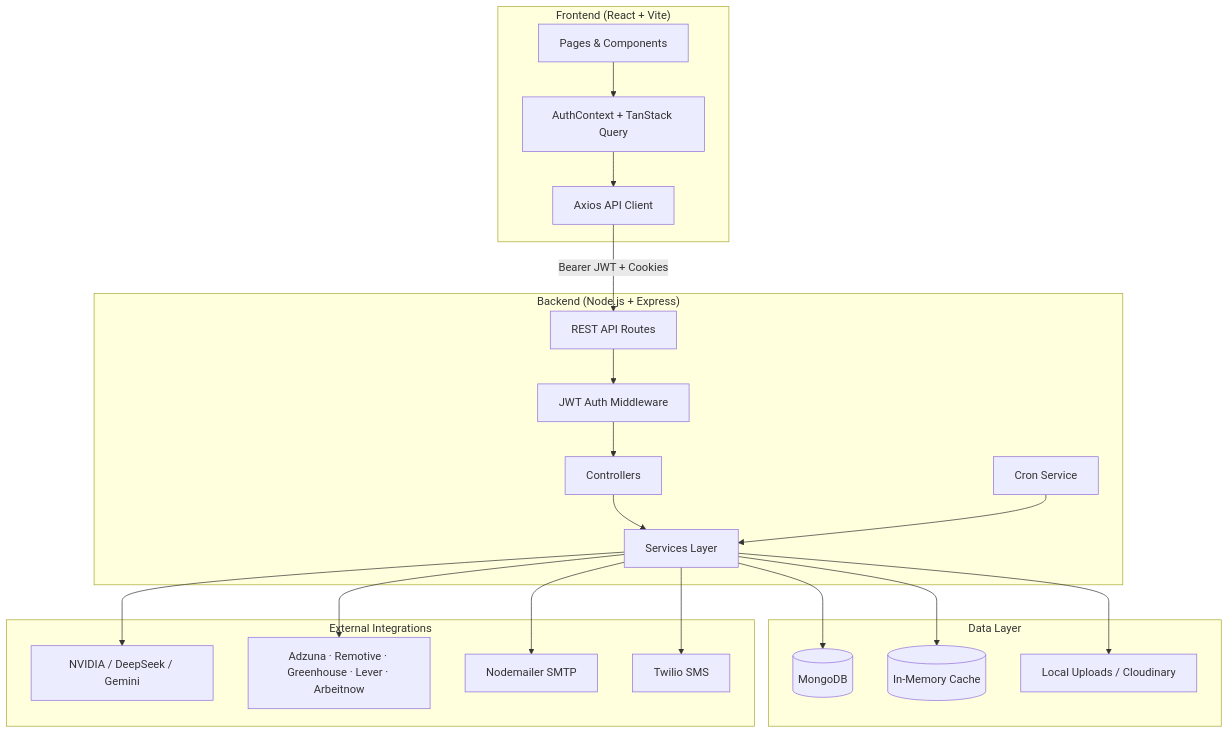
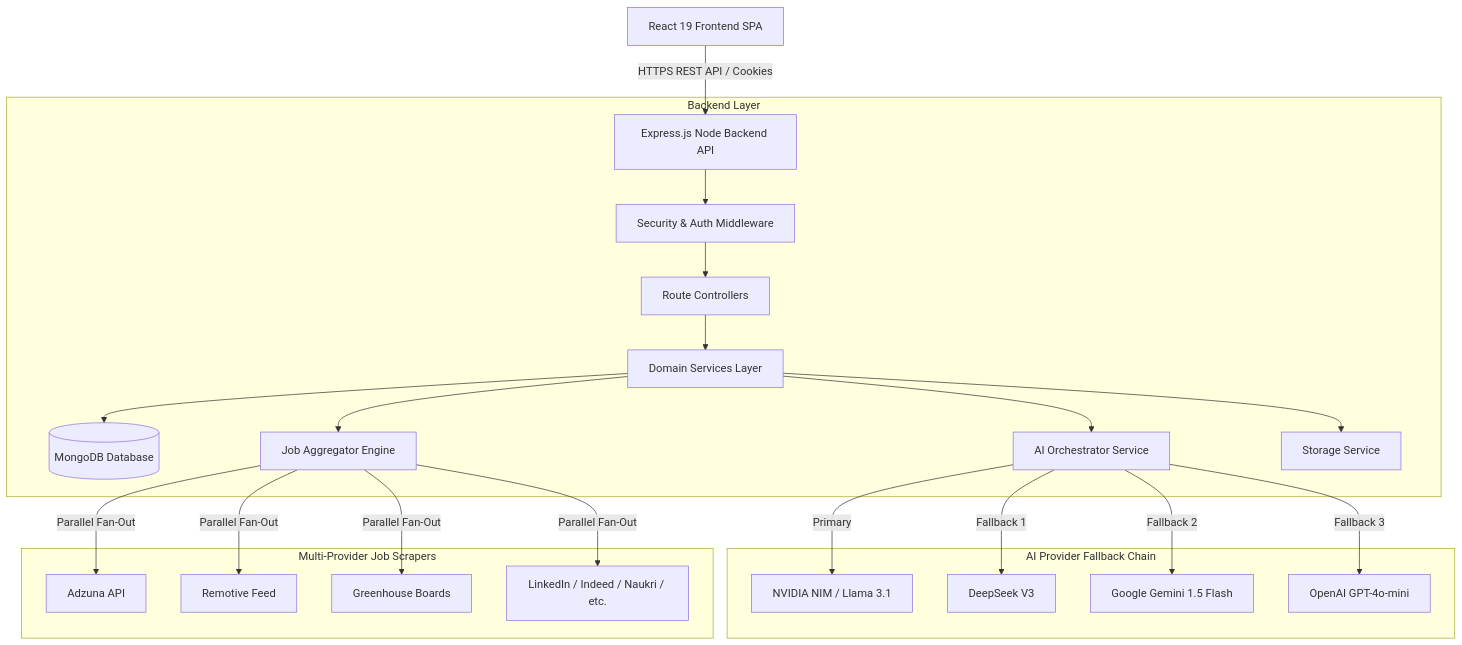
One commit to Sanesh764/APPLYHUB changed the diagram in README.md. Above: the diagram before and after it, drawn with Mermaid. The commit also changed other lines of this file and 23 other files, not shown here.

````diff
--- a/README.md
+++ b/README.md
@@ -319,41 +67,29 @@
 ```mermaid
-flowchart TB
-    subgraph Client["Frontend (React + Vite)"]
-        UI[Pages & Components]
-        CTX[AuthContext + TanStack Query]
-        API_CLIENT[Axios API Client]
+graph TD
+    Client[React 19 Frontend SPA] -->|HTTPS REST API / Cookies| Server[Express.js Node Backend API]
+    
+    subgraph Backend Layer
+        Server --> Middleware[Security & Auth Middleware]
+        Middleware --> Controllers[Route Controllers]
+        Controllers --> Services[Domain Services Layer]
+        
+        Services --> DB[(MongoDB Database)]
+        Services --> MultiAI[AI Orchestrator Service]
+        Services --> JobAgg[Job Aggregator Engine]
+        Services --> Storage[Storage Service]
+    end
+    
+    subgraph AI Provider Fallback Chain
+        MultiAI -->|Primary| NVIDIA[NVIDIA NIM / Llama 3.1]
+        MultiAI -->|Fallback 1| DeepSeek[DeepSeek V3]
+        MultiAI -->|Fallback 2| Gemini[Google Gemini 1.5 Flash]
+        MultiAI -->|Fallback 3| OpenAI[OpenAI GPT-4o-mini]
     end
 
-    subgraph Server["Backend (Node.js + Express)"]
-        ROUTES[REST API Routes]
-        AUTH_MW[JWT Auth Middleware]
-        CTRL[Controllers]
-        SVC[Services Layer]
-        CRON[Cron Service]
+    subgraph Multi-Provider Job Scrapers
+        JobAgg -->|Parallel Fan-Out| Adzuna[Adzuna API]
+        JobAgg -->|Parallel Fan-Out| Remotive[Remotive Feed]
+        JobAgg -->|Parallel Fan-Out| Greenhouse[Greenhouse Boards]
+        JobAgg -->|Parallel Fan-Out| OtherProviders[LinkedIn / Indeed / Naukri / etc.]
     end
-
-    subgraph Data["Data Layer"]
-        MONGO[(MongoDB)]
-        CACHE[(In-Memory Cache)]
-        LOCAL[Local Uploads / Cloudinary]
-    end
-
-    subgraph External["External Integrations"]
-        AI_PROV[NVIDIA / DeepSeek / Gemini]
-        JOBS[Adzuna · Remotive · Greenhouse · Lever · Arbeitnow]
-        SMTP[Nodemailer SMTP]
-        SMS[Twilio SMS]
-    end
-
-    UI --> CTX --> API_CLIENT
-    API_CLIENT -->|Bearer JWT + Cookies| ROUTES
-    ROUTES --> AUTH_MW --> CTRL --> SVC
-    SVC --> MONGO
-    SVC --> CACHE
-    SVC --> LOCAL
-    SVC --> AI_PROV
-    SVC --> JOBS
-    SVC --> SMTP
-    SVC --> SMS
-    CRON --> SVC
 ```
````
